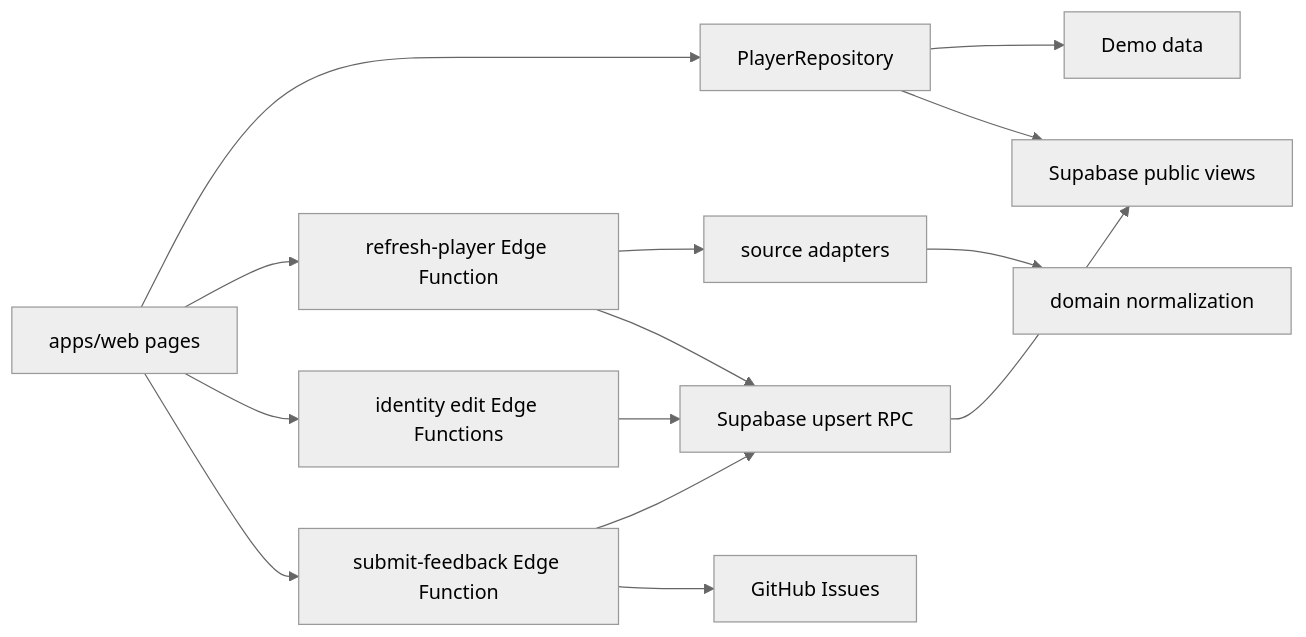
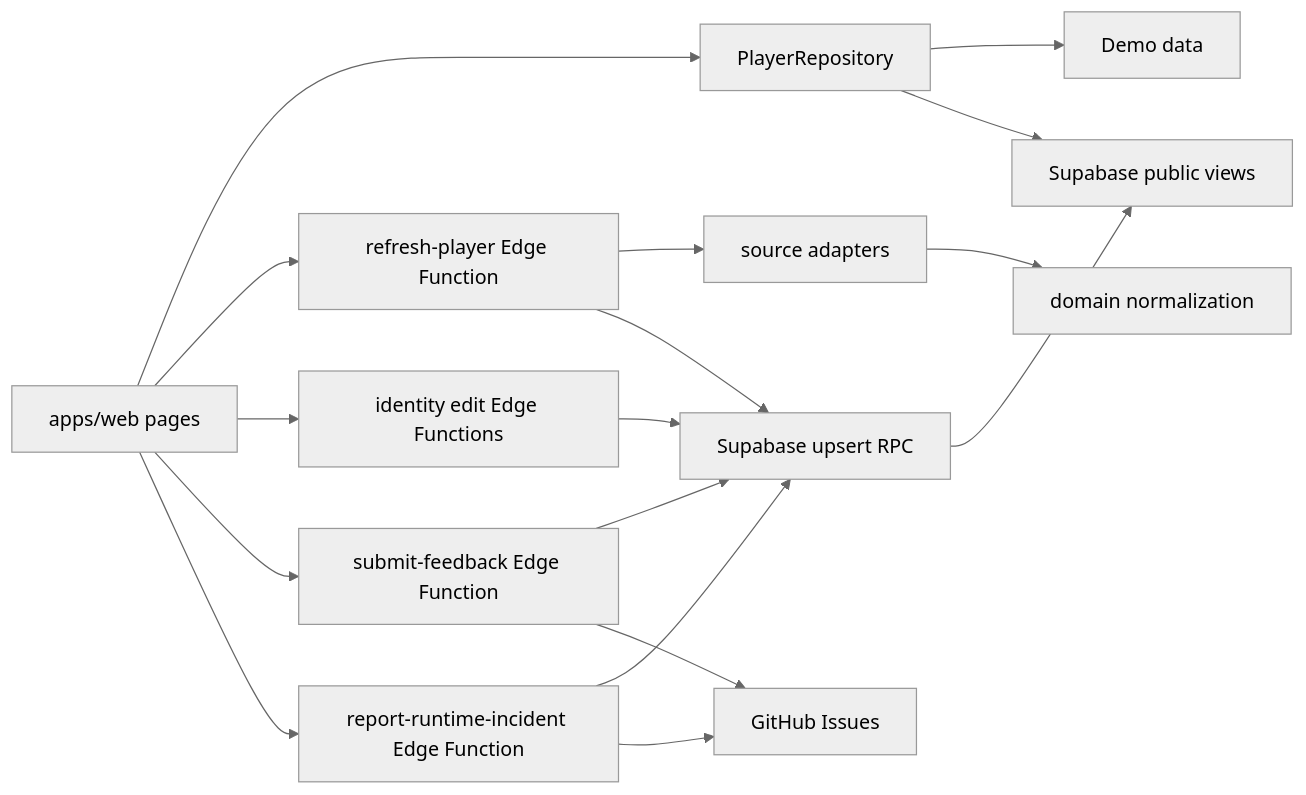
Before and after one commit to iamdenny/pingpong-busu: the diagram in docs/codemap.md, drawn with Mermaid (neutral theme). The commit also changed other lines of this file and 30 other files, not shown here.

````diff
--- a/docs/codemap.md
+++ b/docs/codemap.md
@@ -5,16 +5,19 @@
 ```mermaid
 flowchart LR
   UI["apps/web pages"] --> REPO["PlayerRepository"]
   REPO --> DEMO["Demo data"]
   REPO --> PUBLIC["Supabase public views"]
   UI --> EDGE["refresh-player Edge Function"]
   UI --> IDENTITY["identity edit Edge Functions"]
   UI --> FEEDBACK["submit-feedback Edge Function"]
+  UI --> INCIDENT["report-runtime-incident Edge Function"]
   EDGE --> ADAPTERS["source adapters"]
   ADAPTERS --> DOMAIN["domain normalization"]
   EDGE --> RPC["Supabase upsert RPC"]
   RPC --> PUBLIC
   IDENTITY --> RPC
   FEEDBACK --> RPC
   FEEDBACK --> GITHUB["GitHub Issues"]
+  INCIDENT --> RPC
+  INCIDENT --> GITHUB
 ```
````
